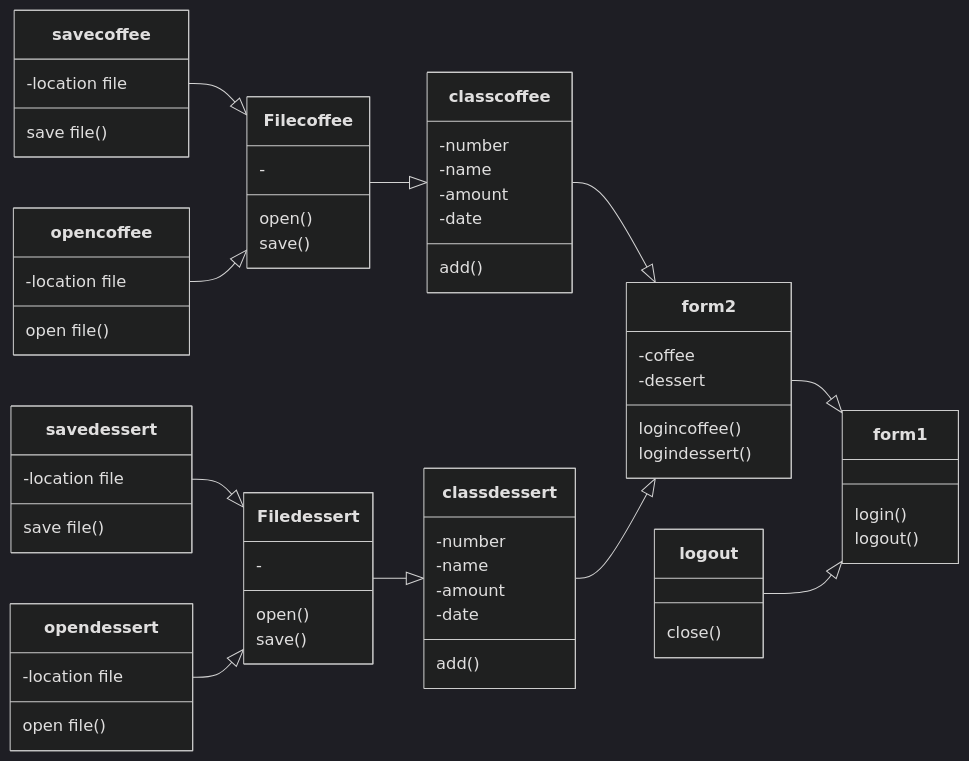
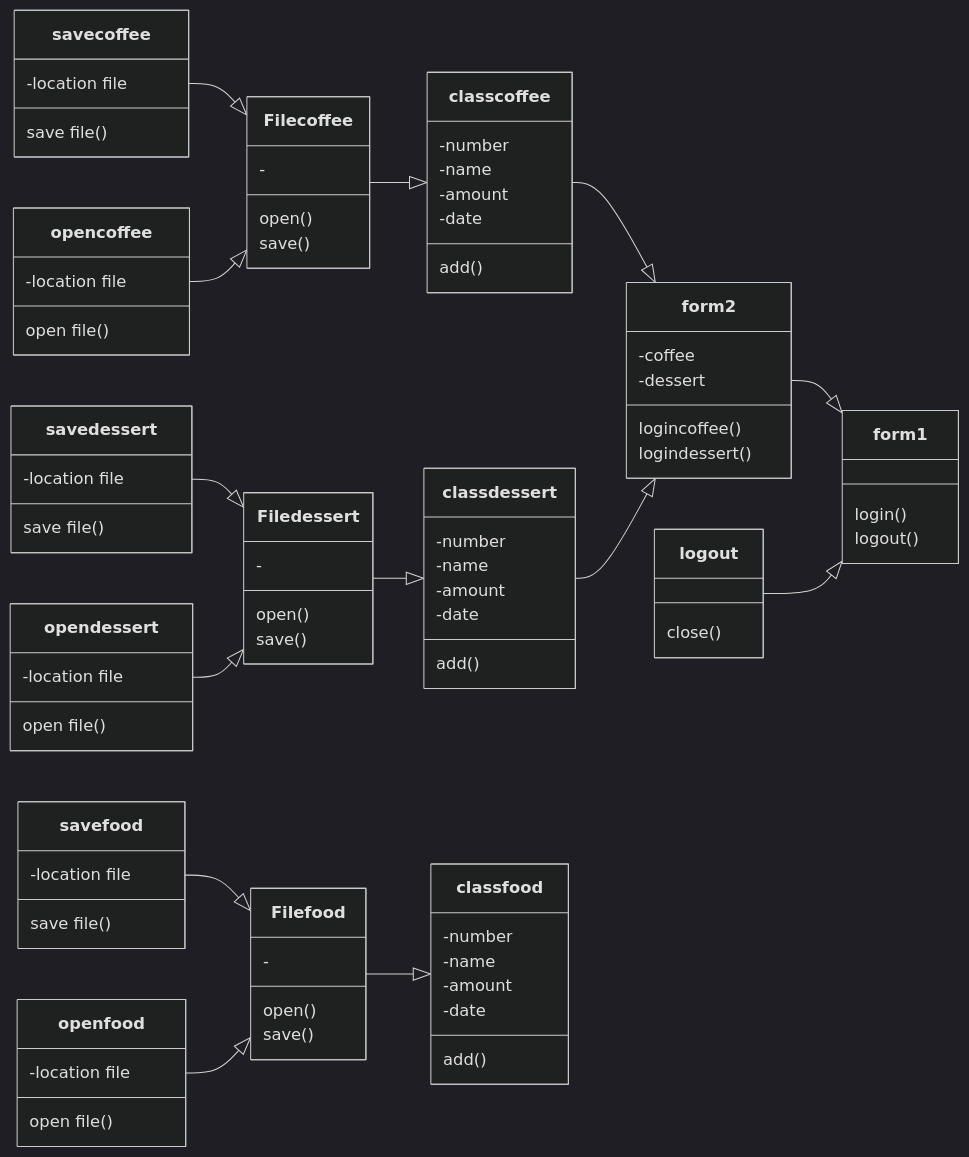
Before and after one commit to Syxsaran/FinalProject: the diagram in Project Final/README.md, drawn with Mermaid (dark theme). The commit also changed other lines of this file, not shown here.

```diff
--- a/Project Final/README.md
+++ b/Project Final/README.md
@@ -38,12 +38,24 @@
   -date
   add()
   }
+  class classfood{
+  -number
+  -name
+  -amount
+  -date
+  add()
+  }
   class Filecoffee{
   -
   open()
   save()
   }
   class Filedessert{
+  -
+  open()
+  save()
+  }
+  class Filefood{
   -
   open()
   save()
@@ -64,6 +76,18 @@
   -location file
   save file()
   }
+  class openfood{
+  -location file
+  open file()
+  }
+  class savefood{
+  -location file
+  save file()
+  }
+  
+  savefood --|> Filefood
+  openfood --|> Filefood
+  
   savecoffee --|> Filecoffee
   opencoffee --|> Filecoffee
   
@@ -72,6 +96,7 @@
   
   Filedessert --|> classdessert
   Filecoffee --|> classcoffee
+  Filefood --|> classfood
   
   classcoffee --|> form2
   classdessert --|> form2
```
